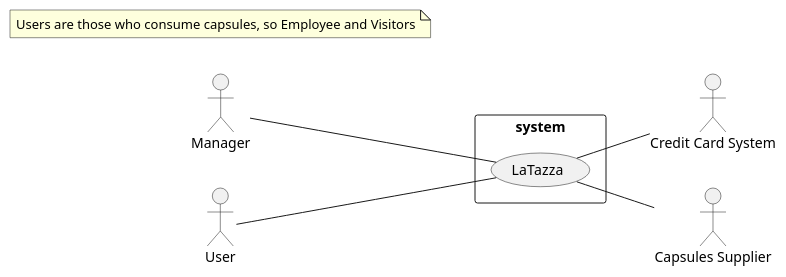
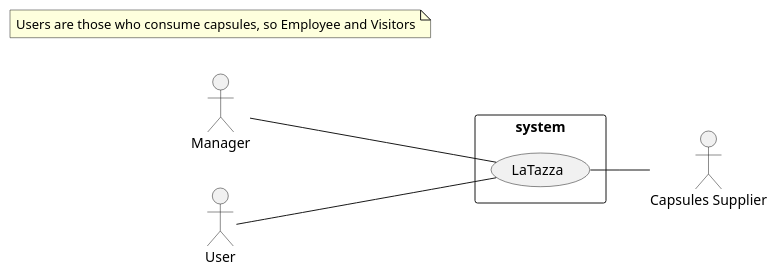
One commit to SimoneDutto/LaTazza changed the first of 4 diagrams in templates/RequirementsTemplate.md. Above: the diagram before and after it, drawn with PlantUML. The commit also changed other lines of this file, not shown here.

Commit message:
Remove Credit Card System

````diff
--- a/templates/RequirementsTemplate.md
+++ b/templates/RequirementsTemplate.md
@@ -41,18 +39,16 @@
 ```plantuml
 left to right direction
 skinparam packageStyle rectangle
 
 Actor Manager as m
 Actor User as u
-Actor "Credit Card System" as cc
 Actor "Capsules Supplier" as cs
 
 rectangle system {
   (LaTazza) as lt
   m -- lt
   u -- lt
-  lt -- cc
   lt -- cs
 }
 note "Users are those who consume capsules, so Employee and Visitors" as n
 ```
````
